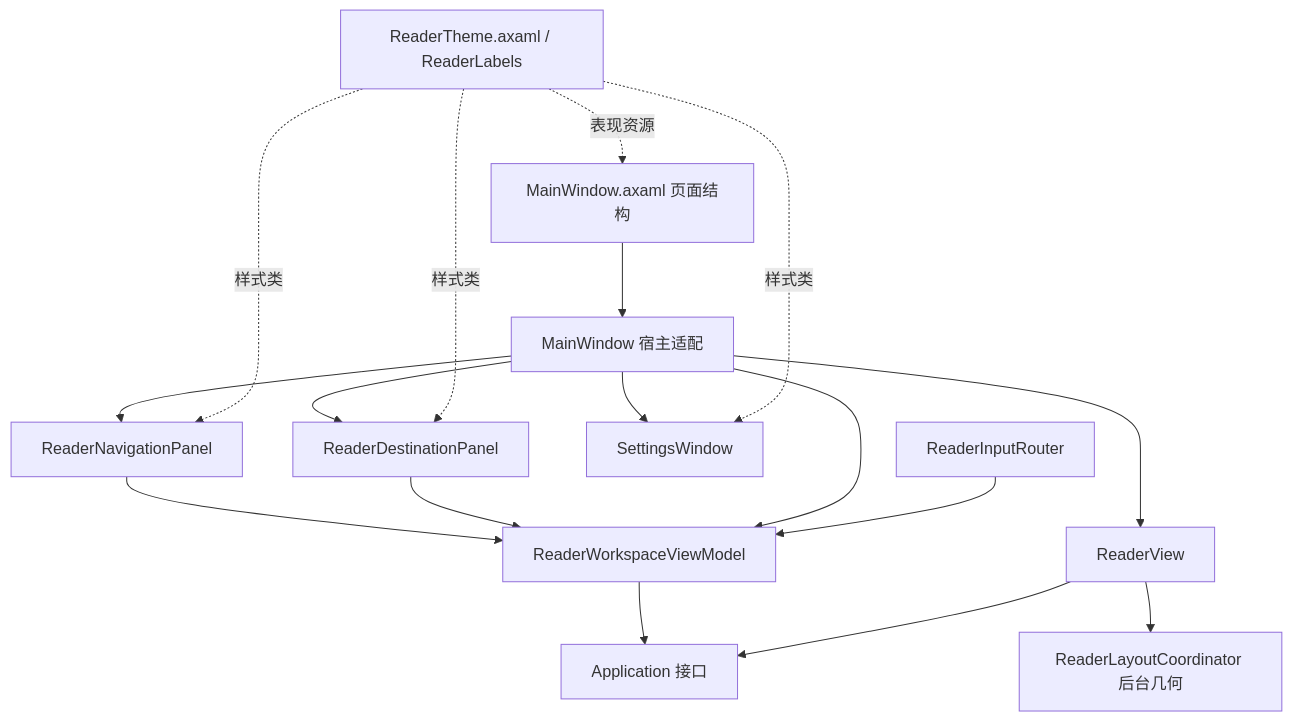
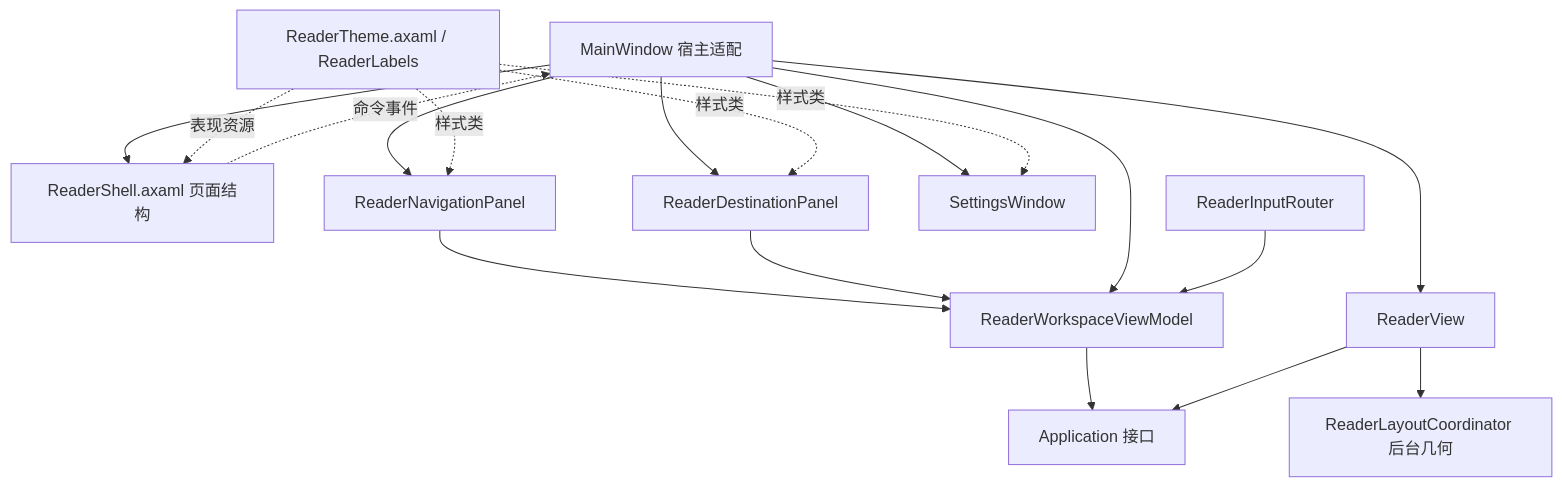
The diagram in portable/docs/frontend-boundaries.md (ump45nose/NeeView), drawn with Mermaid before and after one commit. The commit also changed other lines of this file and 8 other files, not shown here.

````diff
--- a/portable/docs/frontend-boundaries.md
+++ b/portable/docs/frontend-boundaries.md
@@ -7,19 +7,20 @@
 ```mermaid
 flowchart TB
-  Shell[MainWindow.axaml 页面结构] --> Window[MainWindow 宿主适配]
+  Window[MainWindow 宿主适配] --> Shell[ReaderShell.axaml 页面结构]
+  Shell -.命令事件.-> Window
   Window --> Navigation[ReaderNavigationPanel]
   Window --> Destinations[ReaderDestinationPanel]
   Window --> Viewer[ReaderView]
   Window --> Settings[SettingsWindow]
   Navigation --> VM[ReaderWorkspaceViewModel]
   Destinations --> VM
   Window --> VM
   Input[ReaderInputRouter] --> VM
   VM --> App[Application 接口]
   Viewer --> App
   Viewer --> Geometry[ReaderLayoutCoordinator 后台几何]
   Theme[ReaderTheme.axaml / ReaderLabels] -.表现资源.-> Shell
   Theme -.样式类.-> Navigation
   Theme -.样式类.-> Destinations
   Theme -.样式类.-> Settings
 ```
````
